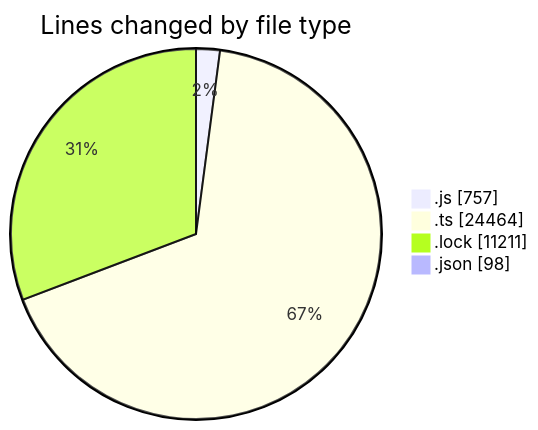
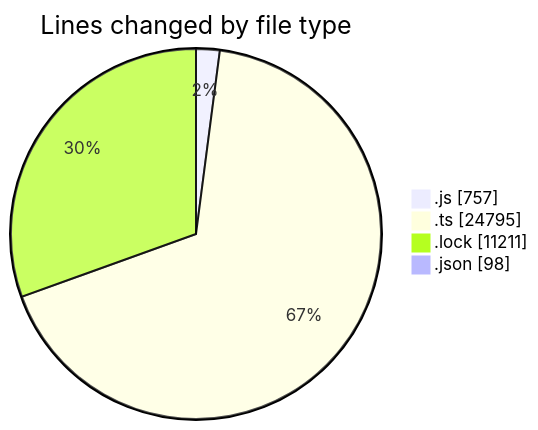
The first of 2 diagrams in 2025-05-27/cda/README.md (momahboobian/code-tracking), drawn with Mermaid before and after one commit. The commit also changed other lines of this file and 1 other file, not shown here.

````diff
--- a/2025-05-27/cda/README.md
+++ b/2025-05-27/cda/README.md
@@ -35,8 +35,8 @@
 ```mermaid
 pie showData
 title Lines changed by file type
 ".js" : 757
-".ts" : 24464
+".ts" : 24795
 ".lock" : 11211
 ".json" : 98
 ```
````
